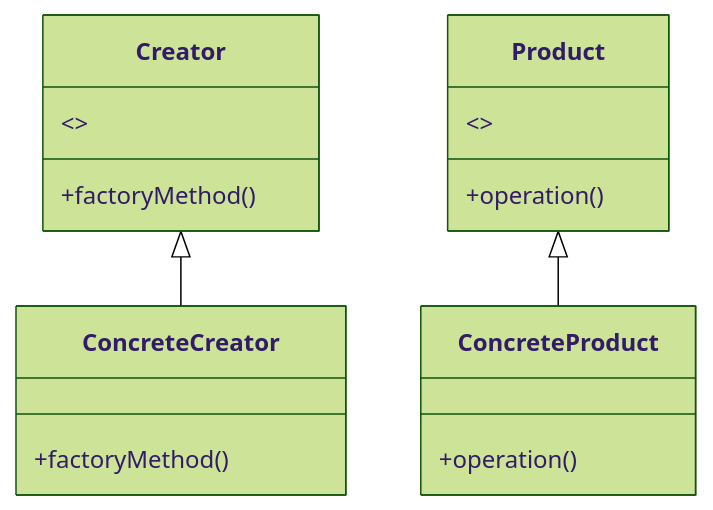
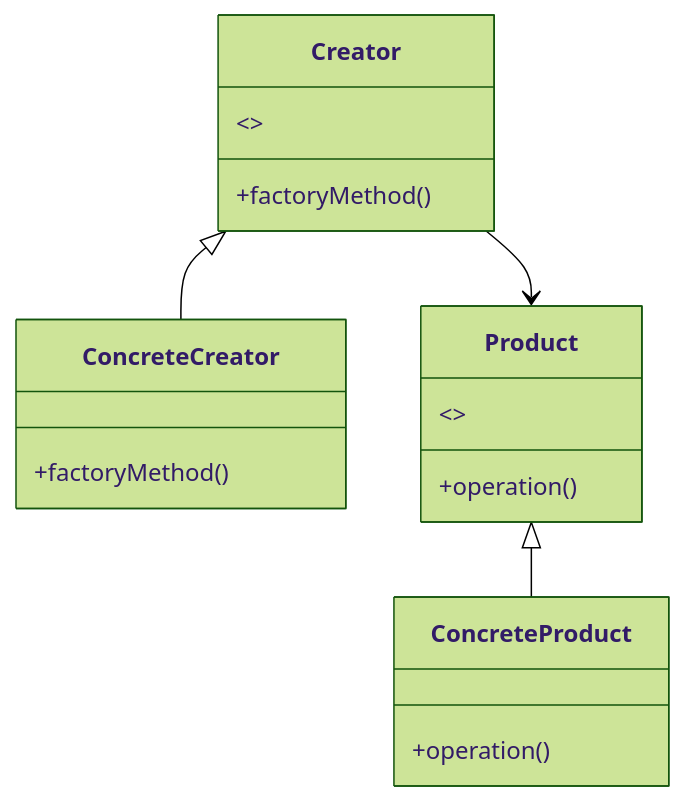
Before and after one commit to nahuelDev23/mermaid: the diagram in readme.md, drawn with Mermaid (forest theme).

````diff
--- a/readme.md
+++ b/readme.md
@@ -1,12 +1,13 @@
 ```mermaid
 classDiagram
   Creator <|-- ConcreteCreator
   Creator : +factoryMethod()
+  Creator --> Product
   ConcreteCreator : +factoryMethod()
   Creator : <<interface>>
   Product <|-- ConcreteProduct
   Product : +operation()
   ConcreteProduct : +operation()
   Product : <<interface>>
 
 ```
````
